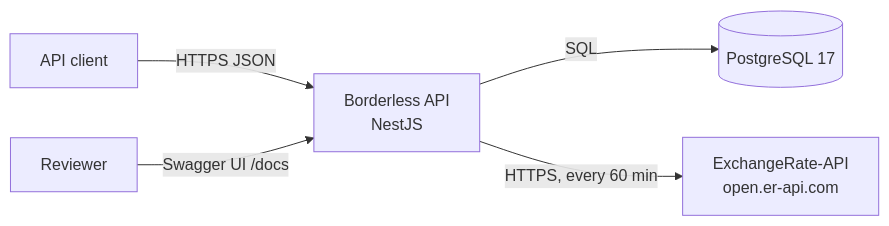
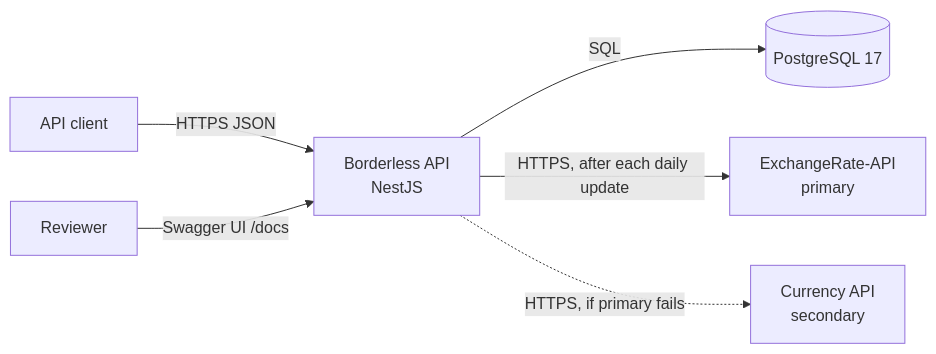
The first of 3 diagrams in docs/architecture.md (nobledeveloper01/operation-borderless), drawn with Mermaid before and after one commit. The commit also changed other lines of this file and 17 other files, not shown here.

````diff
--- a/docs/architecture.md
+++ b/docs/architecture.md
@@ -16,7 +16,8 @@
 ```mermaid
 flowchart LR
   client[API client] -->|HTTPS JSON| api[Borderless API<br/>NestJS]
   api -->|SQL| db[(PostgreSQL 17)]
-  api -->|HTTPS, every 60 min| fx[ExchangeRate-API<br/>open.er-api.com]
+  api -->|HTTPS, after each daily update| fx[ExchangeRate-API<br/>primary]
+  api -.->|HTTPS, if primary fails| fx2[Currency API<br/>secondary]
   reviewer[Reviewer] -->|Swagger UI /docs| api
 ```
````
